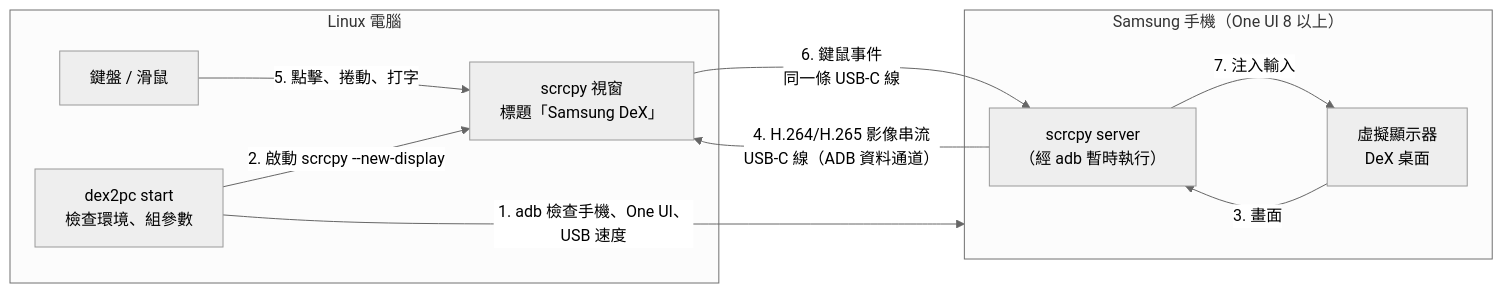
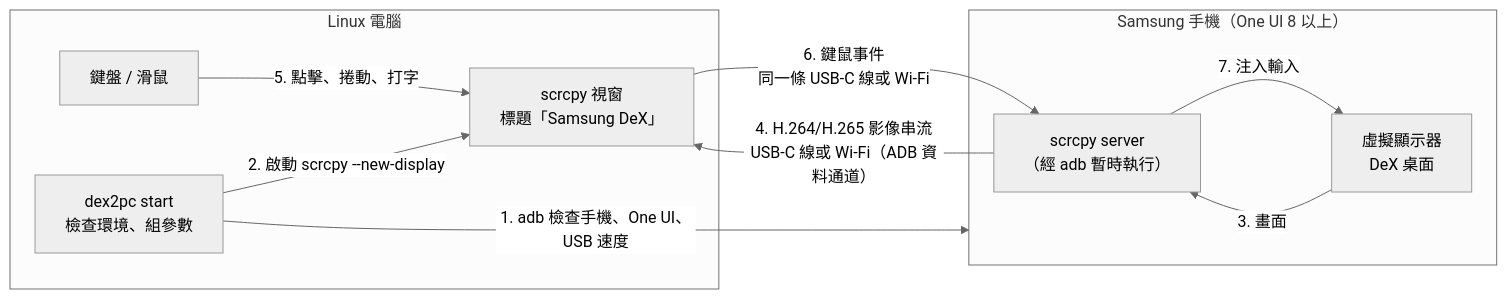
The diagram in README.md (AquilaWei/dex2pc), drawn with Mermaid (neutral theme) before and after one commit. The commit also changed other lines of this file and 4 other files, not shown here.

````diff
--- a/README.md
+++ b/README.md
@@ -14,19 +15,19 @@
 ```mermaid
 flowchart LR
     subgraph PC["Linux 電腦"]
         KM["鍵盤 / 滑鼠"]
         DEX2PC["dex2pc start<br/>檢查環境、組參數"]
         WIN["scrcpy 視窗<br/>標題「Samsung DeX」"]
     end
     subgraph PHONE["Samsung 手機（One UI 8 以上）"]
         SERVER["scrcpy server<br/>（經 adb 暫時執行）"]
         VD["虛擬顯示器<br/>DeX 桌面"]
     end
     DEX2PC -- "1. adb 檢查手機、One UI、USB 速度" --> PHONE
     DEX2PC -- "2. 啟動 scrcpy --new-display" --> WIN
     VD -- "3. 畫面" --> SERVER
-    SERVER -- "4. H.264/H.265 影像串流<br/>USB-C 線（ADB 資料通道）" --> WIN
+    SERVER -- "4. H.264/H.265 影像串流<br/>USB-C 線或 Wi-Fi（ADB 資料通道）" --> WIN
     KM -- "5. 點擊、捲動、打字" --> WIN
-    WIN -- "6. 鍵鼠事件<br/>同一條 USB-C 線" --> SERVER
+    WIN -- "6. 鍵鼠事件<br/>同一條 USB-C 線或 Wi-Fi" --> SERVER
     SERVER -- "7. 注入輸入" --> VD
 ```
````
